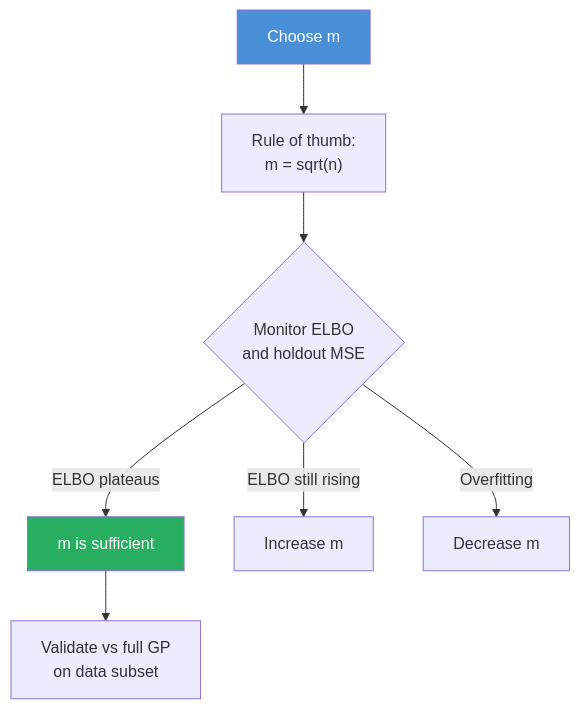
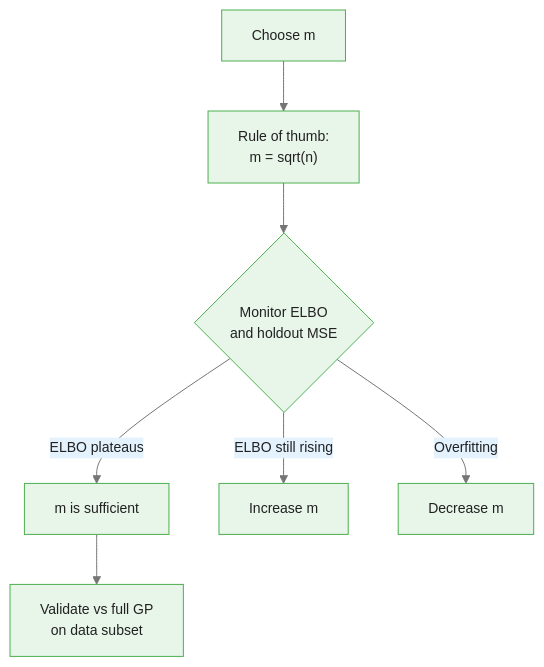
Before and after one commit to m-deane/course-creator: the fourth of 5 diagrams in courses/bayesian-commodity-forecasting/modules/module_05_gaussian_processes/guides/03_sparse_approximations_slides.md, drawn with Mermaid. The commit also changed other lines of this file and 104 other files, not shown here.

````diff
--- a/courses/bayesian-commodity-forecasting/modules/module_05_gaussian_processes/guides/03_sparse_approximations_slides.md
+++ b/courses/bayesian-commodity-forecasting/modules/module_05_gaussian_processes/guides/03_sparse_approximations_slides.md
@@ -417,11 +430,10 @@
 ```mermaid
+%%{init: {"theme": "base", "themeVariables": {"primaryColor": "#e8f5e9", "primaryBorderColor": "#4caf50", "primaryTextColor": "#212121", "secondaryColor": "#e3f2fd", "tertiaryColor": "#fff8e1", "lineColor": "#757575", "fontFamily": "Inter, sans-serif", "fontSize": "14px"}}}%%
 flowchart TD
     START["Choose m"] --> RULE["Rule of thumb:\nm = sqrt(n)"]
     RULE --> CHECK{"Monitor ELBO\nand holdout MSE"}
     CHECK -->|"ELBO plateaus"| DONE["m is sufficient"]
     CHECK -->|"ELBO still rising"| MORE["Increase m"]
     CHECK -->|"Overfitting"| LESS["Decrease m"]
     DONE --> VALIDATE["Validate vs full GP\non data subset"]
-    style DONE fill:#27ae60,color:#fff
-    style START fill:#4a90d9,color:#fff
 ```
````
